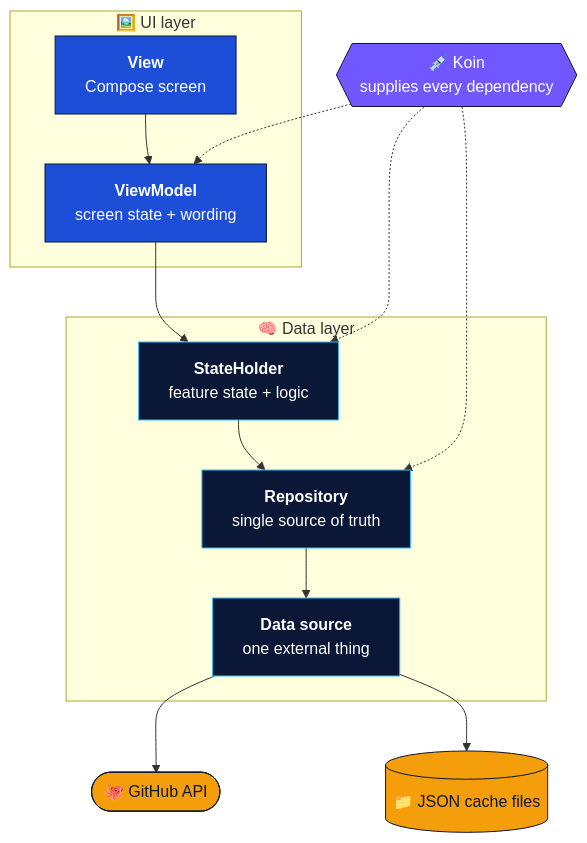
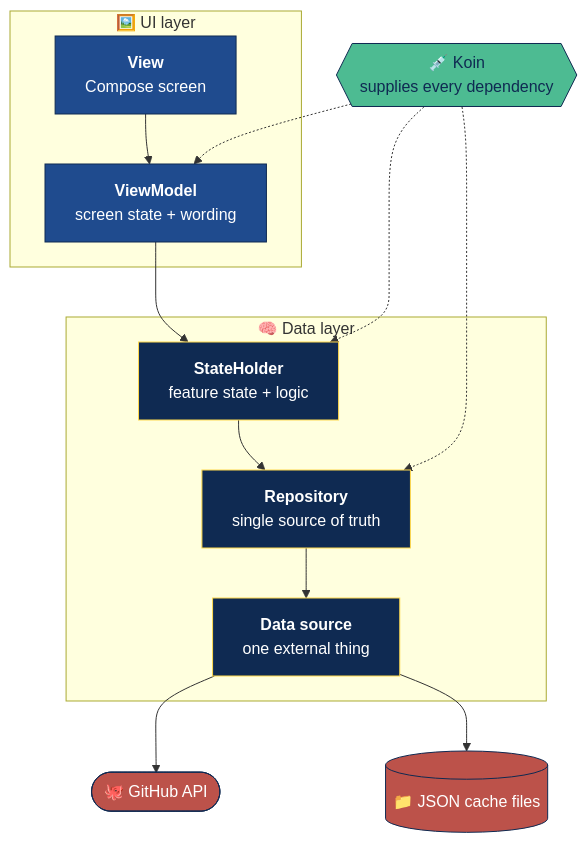
One commit to GeneSJC/CodeFixPanda_Kotlin changed the first of 2 diagrams in README.md. Above: the diagram before and after it, drawn with Mermaid. The commit also changed other lines of this file and 7 other files, not shown here.

First line of the commit message:
README art: the divider, placeholder phones and demo slot in the app's palette, and the diagrams and two badges to match (45.39)

````diff
--- a/README.md
+++ b/README.md
@@ -160,24 +160,24 @@
 ```mermaid
 flowchart TB
     subgraph UI["🖼️ UI layer"]
         V["<b>View</b><br/>Compose screen"] --> VM["<b>ViewModel</b><br/>screen state + wording"]
     end
     subgraph DATA["🧠 Data layer"]
         VM --> SH["<b>StateHolder</b><br/>feature state + logic"]
         SH --> R["<b>Repository</b><br/>single source of truth"]
         R --> DS["<b>Data source</b><br/>one external thing"]
     end
     DS --> GH(["🐙 GitHub API"])
     DS --> F[("📁 JSON cache files")]
     K{{"💉 Koin<br/>supplies every dependency"}} -.-> VM
     K -.-> SH
     K -.-> R
-    classDef ui fill:#1D4ED8,stroke:#0B1736,color:#ffffff;
-    classDef data fill:#0B1736,stroke:#38BDF8,color:#ffffff;
-    classDef edge fill:#F59E0B,stroke:#0B1736,color:#0B1736;
-    classDef di fill:#7057FF,stroke:#0B1736,color:#ffffff;
+    classDef ui fill:#1F4B8E,stroke:#0F2A52,color:#ffffff;
+    classDef data fill:#0F2A52,stroke:#FFD94D,color:#ffffff;
+    classDef edge fill:#BC524A,stroke:#0F2A52,color:#ffffff;
+    classDef di fill:#4DBB92,stroke:#0F2A52,color:#0F2A52;
     class V,VM ui;
     class SH,R,DS data;
     class GH,F edge;
     class K di;
 ```
````
